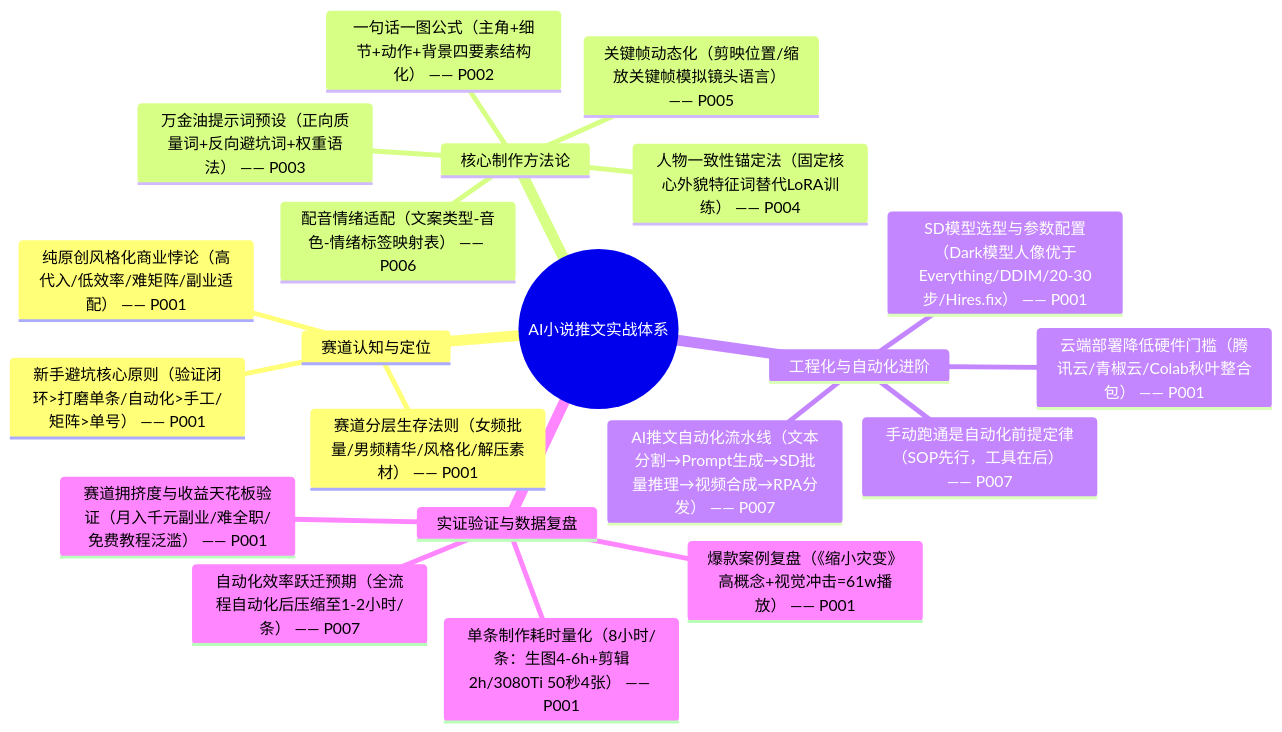
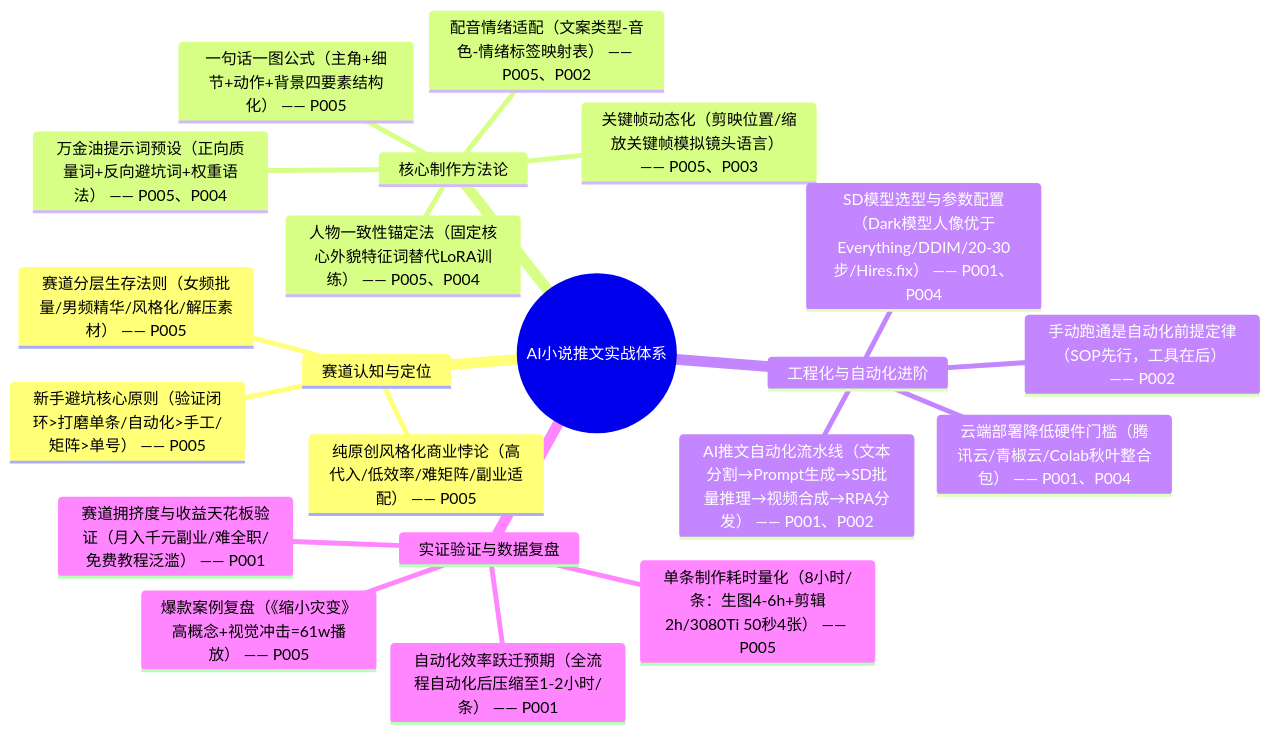
Before and after one commit to OpenDocCN1/flygon-zhuanqian-zhoubao: the first of 11 diagrams in docs/202305_paper2textbook/chapter_013.md, drawn with Mermaid. The commit also changed other lines of this file and 1 other file, not shown here.

````diff
--- a/docs/202305_paper2textbook/chapter_013.md
+++ b/docs/202305_paper2textbook/chapter_013.md
@@ -24,24 +22,24 @@
 ```mermaid
 mindmap
   root((AI小说推文实战体系))
     赛道认知与定位
-      赛道分层生存法则（女频批量/男频精华/风格化/解压素材） —— P001
-      纯原创风格化商业悖论（高代入/低效率/难矩阵/副业适配） —— P001
-      新手避坑核心原则（验证闭环>打磨单条/自动化>手工/矩阵>单号） —— P001
+      赛道分层生存法则（女频批量/男频精华/风格化/解压素材） —— P005
+      纯原创风格化商业悖论（高代入/低效率/难矩阵/副业适配） —— P005
+      新手避坑核心原则（验证闭环>打磨单条/自动化>手工/矩阵>单号） —— P005
     核心制作方法论
-      一句话一图公式（主角+细节+动作+背景四要素结构化） —— P002
-      万金油提示词预设（正向质量词+反向避坑词+权重语法） —— P003
-      人物一致性锚定法（固定核心外貌特征词替代LoRA训练） —— P004
-      关键帧动态化（剪映位置/缩放关键帧模拟镜头语言） —— P005
-      配音情绪适配（文案类型-音色-情绪标签映射表） —— P006
+      一句话一图公式（主角+细节+动作+背景四要素结构化） —— P005
+      万金油提示词预设（正向质量词+反向避坑词+权重语法） —— P005、P004
+      人物一致性锚定法（固定核心外貌特征词替代LoRA训练） —— P005、P004
+      关键帧动态化（剪映位置/缩放关键帧模拟镜头语言） —— P005、P003
+      配音情绪适配（文案类型-音色-情绪标签映射表） —— P005、P002
     工程化与自动化进阶
-      AI推文自动化流水线（文本分割→Prompt生成→SD批量推理→视频合成→RPA分发） —— P007
-      手动跑通是自动化前提定律（SOP先行，工具在后） —— P007
-      SD模型选型与参数配置（Dark模型人像优于Everything/DDIM/20-30步/Hires.fix） —— P001
-      云端部署降低硬件门槛（腾讯云/青椒云/Colab秋叶整合包） —— P001
+      AI推文自动化流水线（文本分割→Prompt生成→SD批量推理→视频合成→RPA分发） —— P001、P002
+      手动跑通是自动化前提定律（SOP先行，工具在后） —— P002
+      SD模型选型与参数配置（Dark模型人像优于Everything/DDIM/20-30步/Hires.fix） —— P001、P004
+      云端部署降低硬件门槛（腾讯云/青椒云/Colab秋叶整合包） —— P001、P004
     实证验证与数据复盘
-      单条制作耗时量化（8小时/条：生图4-6h+剪辑2h/3080Ti 50秒4张） —— P001
-      爆款案例复盘（《缩小灾变》高概念+视觉冲击=61w播放） —— P001
+      单条制作耗时量化（8小时/条：生图4-6h+剪辑2h/3080Ti 50秒4张） —— P005
+      爆款案例复盘（《缩小灾变》高概念+视觉冲击=61w播放） —— P005
       赛道拥挤度与收益天花板验证（月入千元副业/难全职/免费教程泛滥） —— P001
-      自动化效率跃迁预期（全流程自动化后压缩至1-2小时/条） —— P007
+      自动化效率跃迁预期（全流程自动化后压缩至1-2小时/条） —— P001
 ```
````
